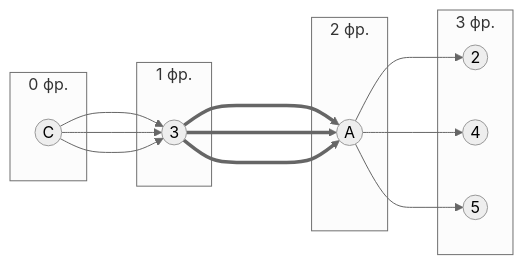
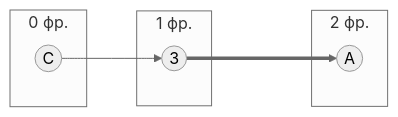
Before and after one commit to algos-ris-24-4/manual-tasks: the third of 5 diagrams in Задание 8/krytie.md, drawn with Mermaid (neutral theme). The commit also changed other lines of this file, not shown here.

````diff
--- a/Задание 8/krytie.md
+++ b/Задание 8/krytie.md
@@ -152,20 +123,13 @@
 ```mermaid
 graph LR
     subgraph " 0 фр."
         C((C))
     end
     subgraph " 1 фр."
         3((3))
     end
     subgraph " 2 фр."
         A((A))
     end
-    subgraph " 3 фр."
-        2((2))
-        4((4))
-        5((5))
-    end
-    C --> 3 ===> A --> 2
-    C --> 3 ===> A --> 4
-    C --> 3 ===> A --> 5
+    C --> 3 ===> A 
 ```
````
